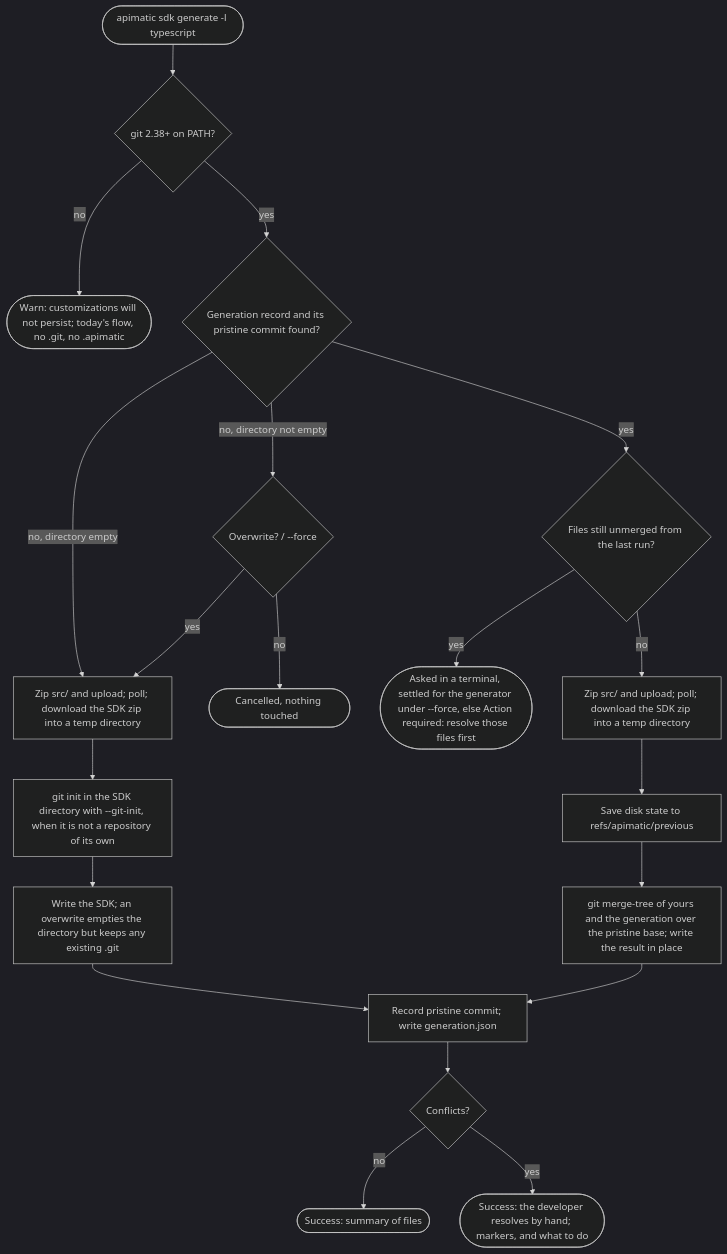
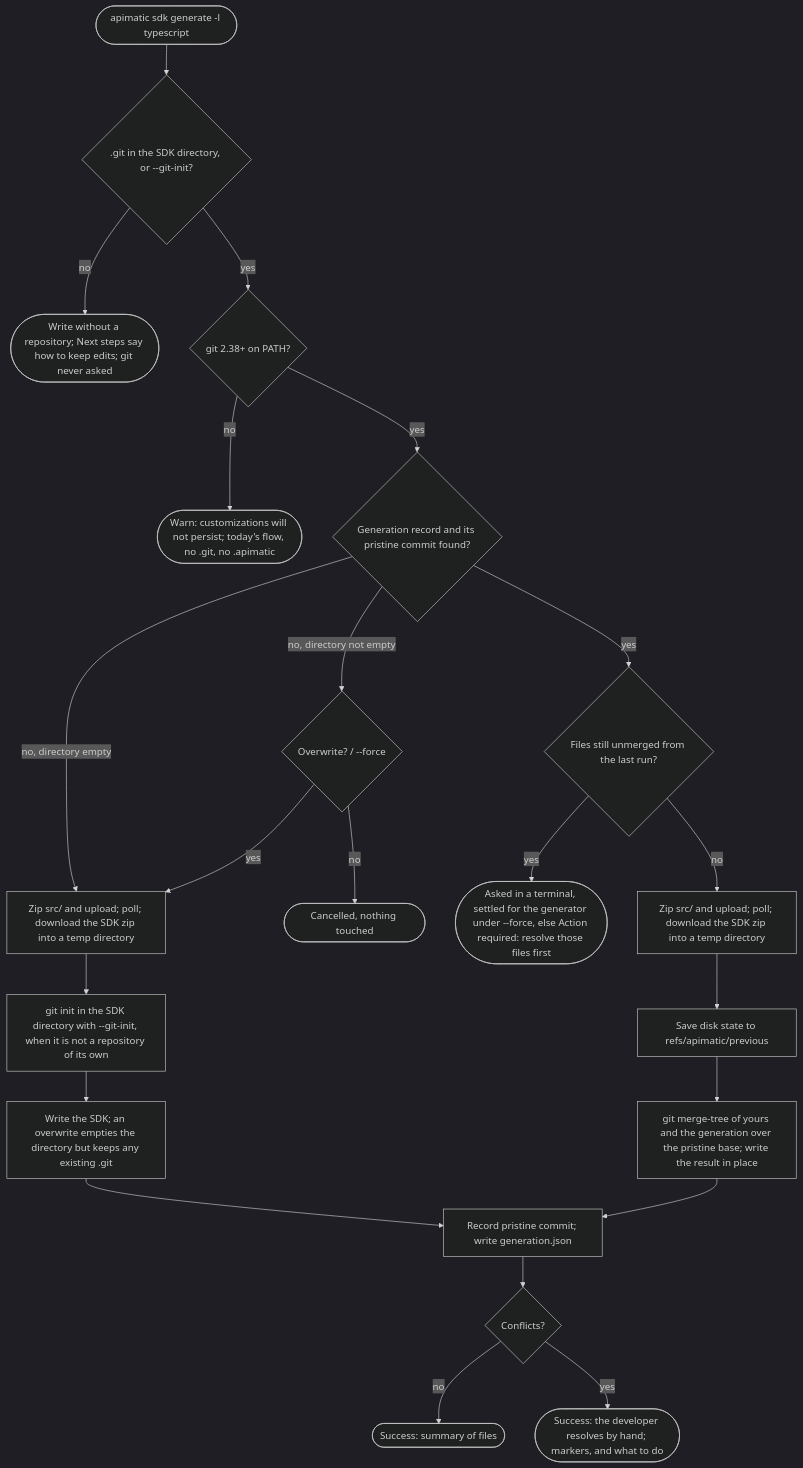
Before and after one commit to apimatic/apimatic-cli: the first of 2 diagrams in .ai/plans/custom-code.md, drawn with Mermaid (dark theme). The commit also changed other lines of this file and 6 other files, not shown here.

First line of the commit message:
feat(sdk): look for git only when the SDK directory has a repository or --git-init makes one

````diff
--- a/.ai/plans/custom-code.md
+++ b/.ai/plans/custom-code.md
@@ -176,22 +178,24 @@
 ```mermaid
 flowchart TD
-  A([apimatic sdk generate -l typescript]) --> V{git 2.38+ on PATH?}
+  A([apimatic sdk generate -l typescript]) --> G0{.git in the SDK directory, or --git-init?}
+  G0 -- no --> N1([Write without a repository; Next steps say how to keep edits; git never asked])
+  G0 -- yes --> V{git 2.38+ on PATH?}
   V -- no --> V1([Warn: customizations will not persist; today's flow, no .git, no .apimatic])
   V -- yes --> D{Generation record and its pristine commit found?}
   D -- no, directory empty --> C1
   D -- no, directory not empty --> F{Overwrite? / --force}
   F -- no --> X([Cancelled, nothing touched])
   F -- yes --> C1[Zip src/ and upload; poll; download the SDK zip into a temp directory]
   C1 --> R1[git init in the SDK directory with --git-init, when it is not a repository of its own]
   R1 --> E[Write the SDK; an overwrite empties the directory but keeps any existing .git]
   D -- yes --> G{Files still unmerged from the last run?}
   G -- yes --> Y([Asked in a terminal, settled for the generator under --force, else Action required: resolve those files first])
   G -- no --> C2[Zip src/ and upload; poll; download the SDK zip into a temp directory]
   C2 --> H[Save disk state to refs/apimatic/previous]
   H --> I[git merge-tree of yours and the generation over the pristine base; write the result in place]
   E --> J[Record pristine commit; write generation.json]
   I --> J
   J --> K{Conflicts?}
   K -- no --> S([Success: summary of files])
   K -- yes --> T([Success: the developer resolves by hand; markers, and what to do])
 ```
````
